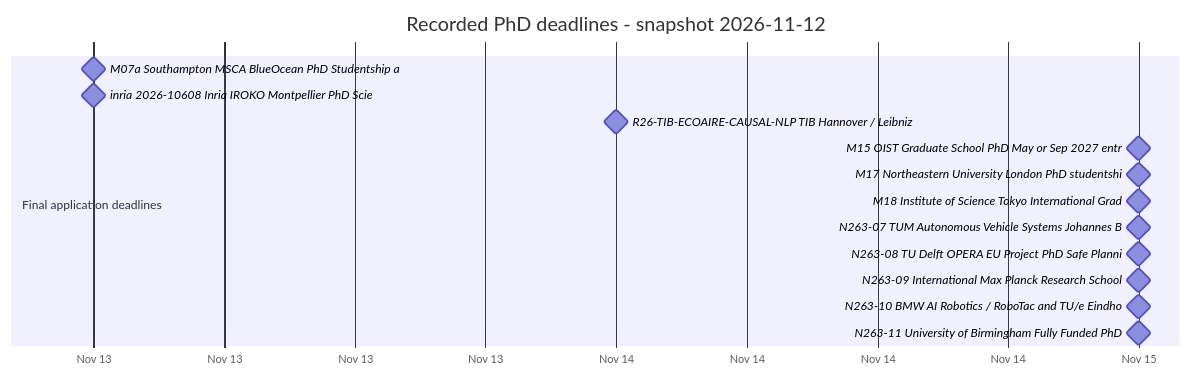
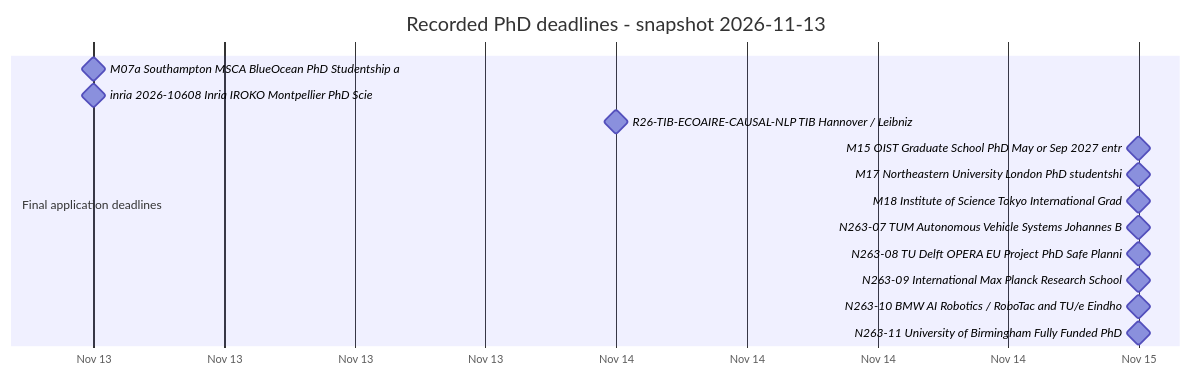
The diagram in docs/diagrams/deadlines.mmd (Armanasq/phd_tracker), drawn with Mermaid before and after one commit. The commit also changed 35 other files, not shown here.

```diff
--- a/docs/diagrams/deadlines.mmd
+++ b/docs/diagrams/deadlines.mmd
@@ -1,16 +1,16 @@
 gantt
-    title Recorded PhD deadlines - snapshot 2026-11-12
+    title Recorded PhD deadlines - snapshot 2026-11-13
     dateFormat YYYY-MM-DD
     axisFormat %b %d
     section Final application deadlines
     M07a Southampton MSCA BlueOcean PhD Studentship a :milestone, d0, 2026-11-13, 0d
     inria 2026-10608 Inria IROKO Montpellier PhD Scie :milestone, d1, 2026-11-13, 0d
     R26-TIB-ECOAIRE-CAUSAL-NLP TIB Hannover / Leibniz :milestone, d2, 2026-11-14, 0d
     M15 OIST Graduate School PhD May or Sep 2027 entr :milestone, d3, 2026-11-15, 0d
     M17 Northeastern University London PhD studentshi :milestone, d4, 2026-11-15, 0d
     M18 Institute of Science Tokyo International Grad :milestone, d5, 2026-11-15, 0d
     N263-07 TUM Autonomous Vehicle Systems Johannes B :milestone, d6, 2026-11-15, 0d
     N263-08 TU Delft OPERA EU Project PhD Safe Planni :milestone, d7, 2026-11-15, 0d
     N263-09 International Max Planck Research School  :milestone, d8, 2026-11-15, 0d
     N263-10 BMW AI Robotics / RoboTac and TU/e Eindho :milestone, d9, 2026-11-15, 0d
     N263-11 University of Birmingham Fully Funded PhD :milestone, d10, 2026-11-15, 0d
```
